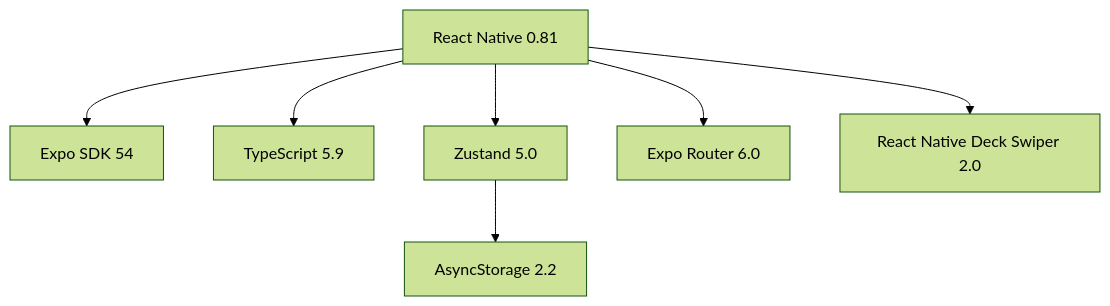
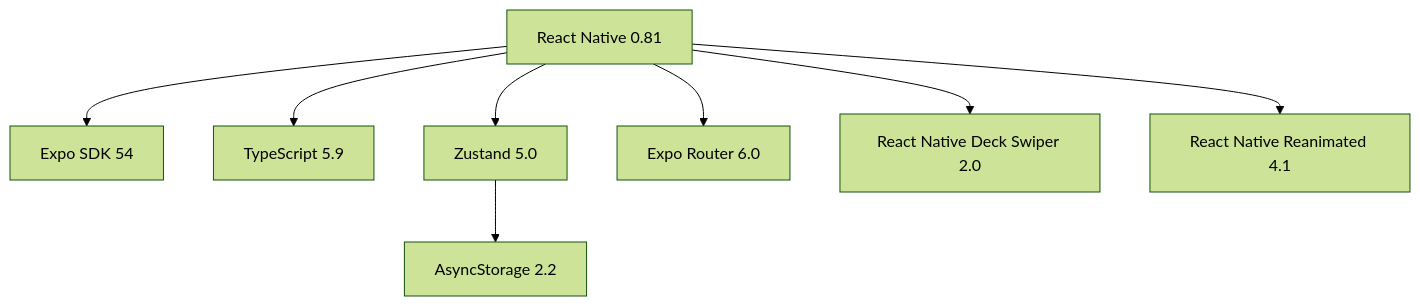
One commit to zokuuu/swiply changed the diagram in README.md. Above: the diagram before and after it, drawn with Mermaid (forest theme). The commit also changed other lines of this file, not shown here.

````diff
--- a/README.md
+++ b/README.md
@@ -28,9 +48,10 @@
 ```mermaid
 graph TD
     A[React Native 0.81] --> B[Expo SDK 54]
     A --> C[TypeScript 5.9]
     A --> D[Zustand 5.0]
     D --> E[AsyncStorage 2.2]
     A --> F[Expo Router 6.0]
     A --> G[React Native Deck Swiper 2.0]
+    A --> H[React Native Reanimated 4.1]
 ```
````
